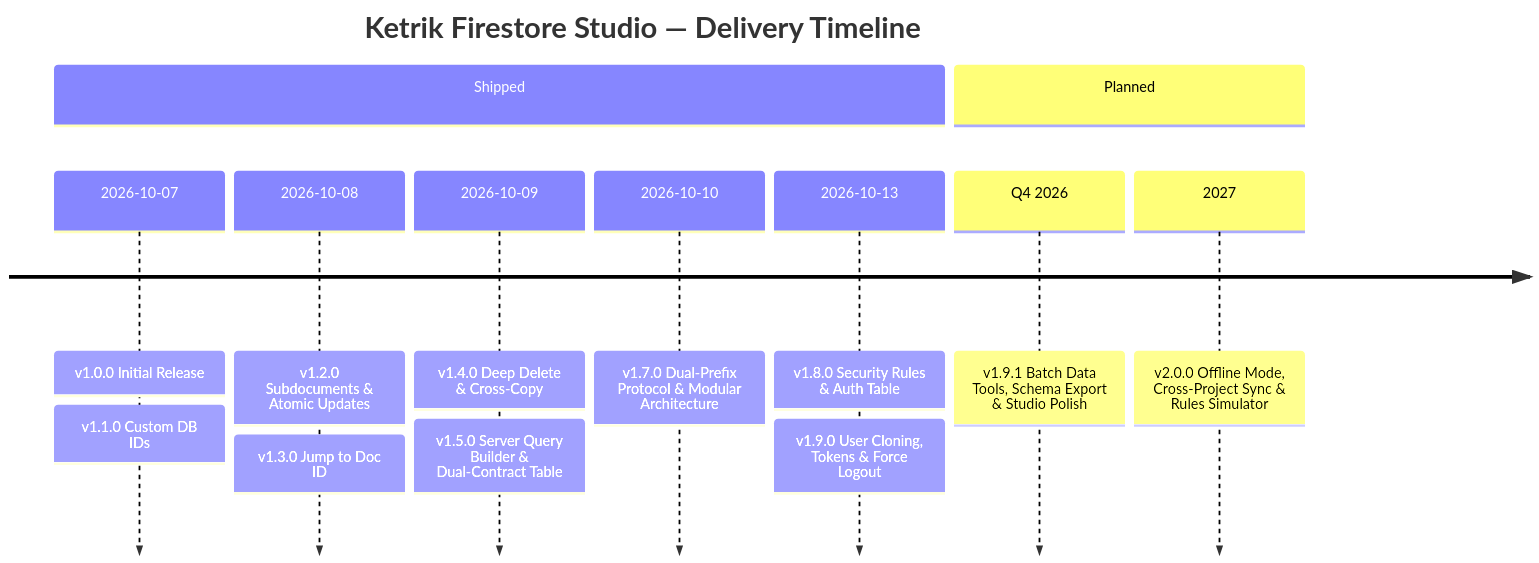
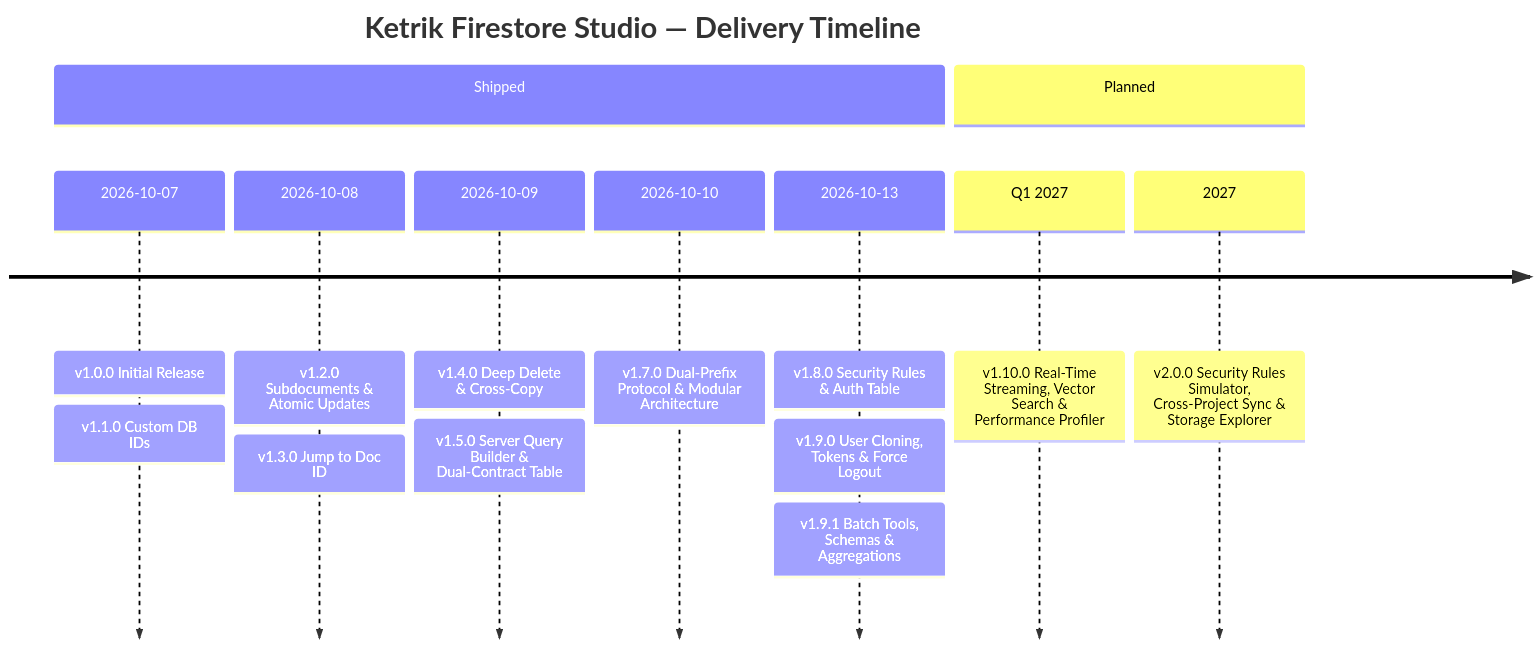
Before and after one commit to ketrik/ketrik-firestore-studio: the diagram in ROADMAP.md, drawn with Mermaid. The commit also changed other lines of this file and 22 other files, not shown here.

````diff
--- a/ROADMAP.md
+++ b/ROADMAP.md
@@ -5,13 +5,13 @@
 ```mermaid
 timeline
     title Ketrik Firestore Studio — Delivery Timeline
     section Shipped
         2026-10-07 : v1.0.0 Initial Release : v1.1.0 Custom DB IDs
         2026-10-08 : v1.2.0 Subdocuments & Atomic Updates : v1.3.0 Jump to Doc ID
         2026-10-09 : v1.4.0 Deep Delete & Cross-Copy : v1.5.0 Server Query Builder & Dual-Contract Table
         2026-10-10 : v1.7.0 Dual-Prefix Protocol & Modular Architecture
-        2026-10-13 : v1.8.0 Security Rules & Auth Table : v1.9.0 User Cloning, Tokens & Force Logout
+        2026-10-13 : v1.8.0 Security Rules & Auth Table : v1.9.0 User Cloning, Tokens & Force Logout : v1.9.1 Batch Tools, Schemas & Aggregations
     section Planned
-        Q4 2026 : v1.9.1 Batch Data Tools, Schema Export & Studio Polish
-        2027 : v2.0.0 Offline Mode, Cross-Project Sync & Rules Simulator
+        Q1 2027 : v1.10.0 Real-Time Streaming, Vector Search & Performance Profiler
+        2027 : v2.0.0 Security Rules Simulator, Cross-Project Sync & Storage Explorer
 ```
````
